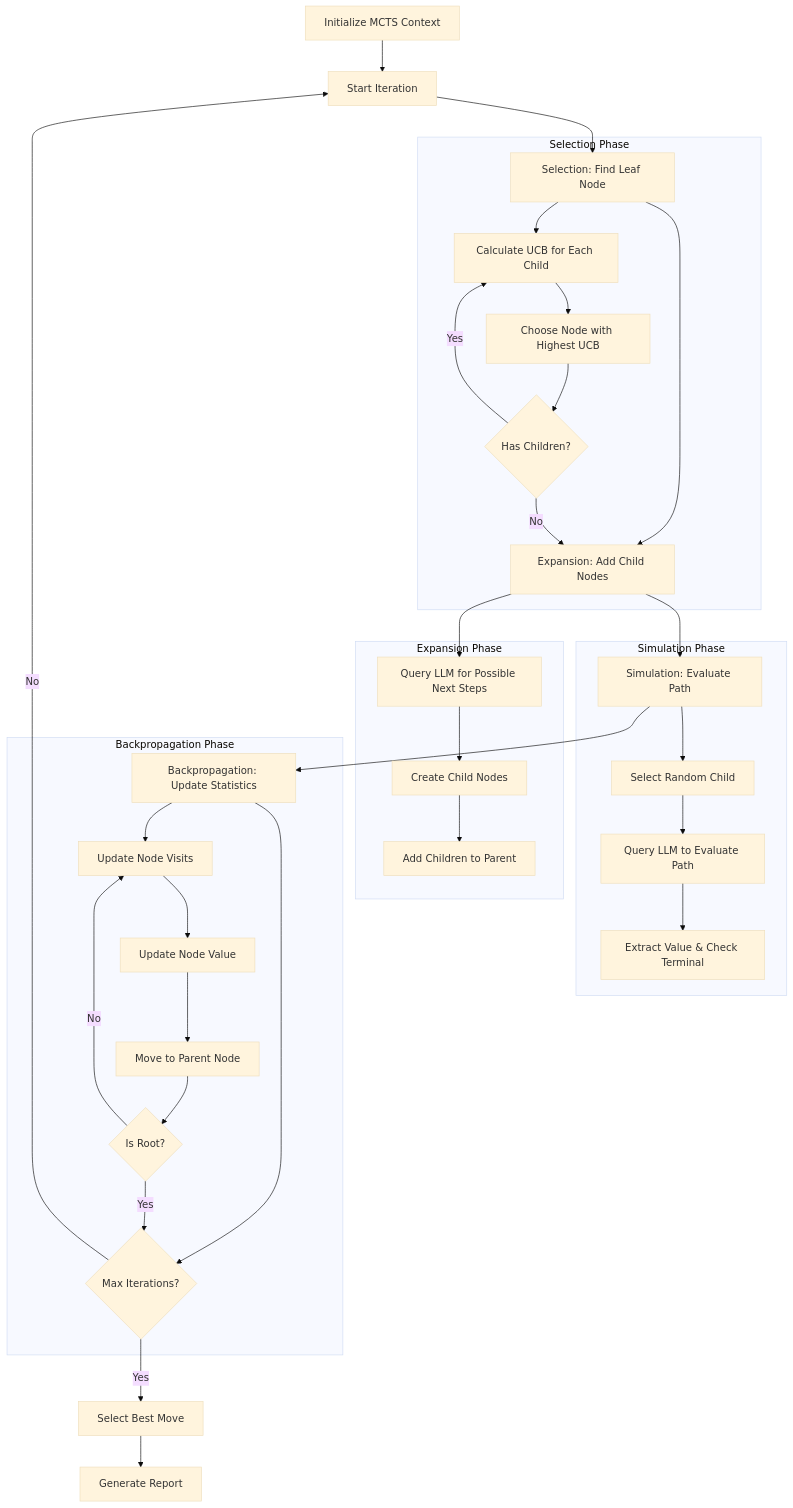
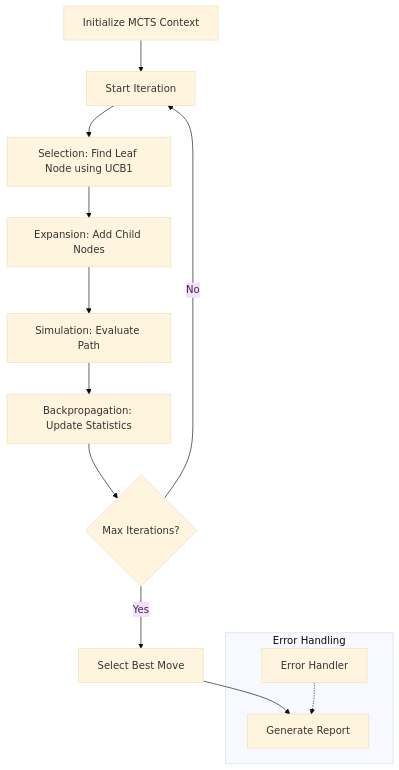
Before and after one commit to ObiyaDev/obiya-examples: the diagram in examples/code-review/README.md, drawn with Mermaid (base theme). The commit also changed other lines of this file and 4 other files, not shown here.

````diff
--- a/examples/code-review/README.md
+++ b/examples/code-review/README.md
@@ -76,41 +88,16 @@
 ```mermaid
 flowchart TD
     A[Initialize MCTS Context] --> B[Start Iteration]
-    B --> C[Selection: Find Leaf Node]
+    B --> C[Selection: Find Leaf Node using UCB1]
     C --> D[Expansion: Add Child Nodes]
     D --> E[Simulation: Evaluate Path]
     E --> F[Backpropagation: Update Statistics]
     F --> G{Max Iterations?}
     G -->|No| B
     G -->|Yes| H[Select Best Move]
     H --> I[Generate Report]
     
-    subgraph "Selection Phase"
-    C --> C1[Calculate UCB for Each Child]
-    C1 --> C2[Choose Node with Highest UCB]
-    C2 --> C3{Has Children?}
-    C3 -->|Yes| C1
-    C3 -->|No| D
-    end
-    
-    subgraph "Expansion Phase"
-    D --> D1[Query LLM for Possible Next Steps]
-    D1 --> D2[Create Child Nodes]
-    D2 --> D3[Add Children to Parent]
-    end
-    
-    subgraph "Simulation Phase"
-    E --> E1[Select Random Child]
-    E1 --> E2[Query LLM to Evaluate Path]
-    E2 --> E3[Extract Value & Check Terminal]
-    end
-    
-    subgraph "Backpropagation Phase"
-    F --> F1[Update Node Visits]
-    F1 --> F2[Update Node Value]
-    F2 --> F3[Move to Parent Node]
-    F3 --> F4{Is Root?}
-    F4 -->|No| F1
-    F4 -->|Yes| G
+    subgraph "Error Handling"
+    J[Error Handler] -.-> I
     end
 ```
````
